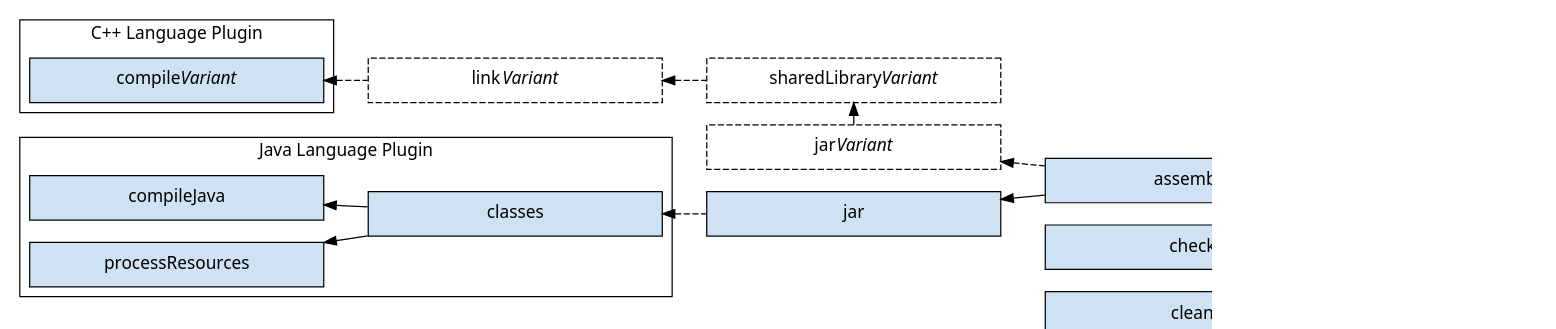
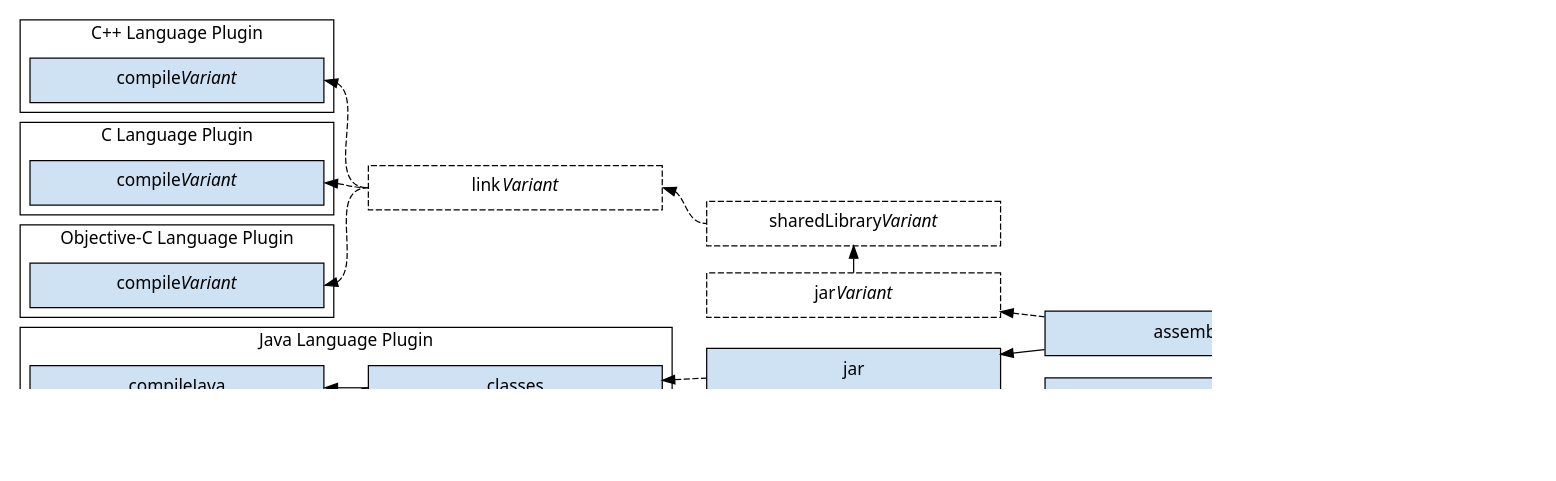
The diagram in subprojects/docs/src/docs/manual/img/jni-library-task-graph.dot (nokeedev/gradle-native), drawn with Graphviz before and after one commit. The commit also changed 3 other files, not shown here.

Commit message:
Write Objective-C language plugin documentation

```diff
--- a/subprojects/docs/src/docs/manual/img/jni-library-task-graph.dot
+++ b/subprojects/docs/src/docs/manual/img/jni-library-task-graph.dot
@@ -1,46 +1,60 @@
 digraph jniLibraryTaskGraph {
   graph [ dpi = 100, fontname="Sans"];
   node [fontname = "Sans"];
   edge [fontname = "Sans"];
   node [shape=rectangle, fixedsize=true, width=3.3, height=0.5];
   node [style=filled, fillcolor="#cfe2f3"]
   rankdir=LR
 
   subgraph cluster_cppLanguage {
 	label = "C++ Language Plugin"
 	color = black
 
 	compileCpp [label=<compile<i>Variant</i>>]
   }
 
+  subgraph cluster_cLanguage {
+	label = "C Language Plugin"
+	color = black
+
+	compileC [label=<compile<i>Variant</i>>]
+  }
+
+  subgraph cluster_objectiveCLanguage {
+	label = "Objective-C Language Plugin"
+	color = black
+
+	compileObjC [label=<compile<i>Variant</i>>]
+  }
+
   subgraph cluster_javaLanguage {
 	label = "Java Language Plugin"
 
-	{compileJava, processResources} -> classes [dir=back]
+	{compileJava, processResources} -> classes [dir=back headport=w tailport=e]
 	{rank=same compileJava processResources}
   }
 
   // Styling
   link [style=dashed, label=<link<i>Variant</i>>]
   sharedLibrary [style=dashed, label=<sharedLibrary<i>Variant</i>>]
   jarNative [style=dashed, label=<jar<i>Variant</i>>]
   jarJvm [label="jar"]
 
   // link to assemble
-  compileCpp -> link -> sharedLibrary [dir=back, style=dashed]
+  {compileCpp compileC compileObjC} -> link -> sharedLibrary [dir=back style=dashed headport=w tailport=e]
   sharedLibrary -> jarNative [dir=back]
   {rank=same sharedLibrary jarNative}
-  jarNative -> assemble [dir=back, style=dashed]
+  jarNative -> assemble [dir=back style=dashed]
 
   // classes to assemble
-  classes -> jarJvm [dir=back, style=dashed]
+  classes -> jarJvm [dir=back style=dashed]
   jarJvm -> assemble [dir=back]
 
   // assemble & check to build
   assemble -> build [dir=back]
   check -> build [dir=back]
 
   // align check & clean
   check -> clean [style=invis]
   {rank=same check clean}
 }
```
